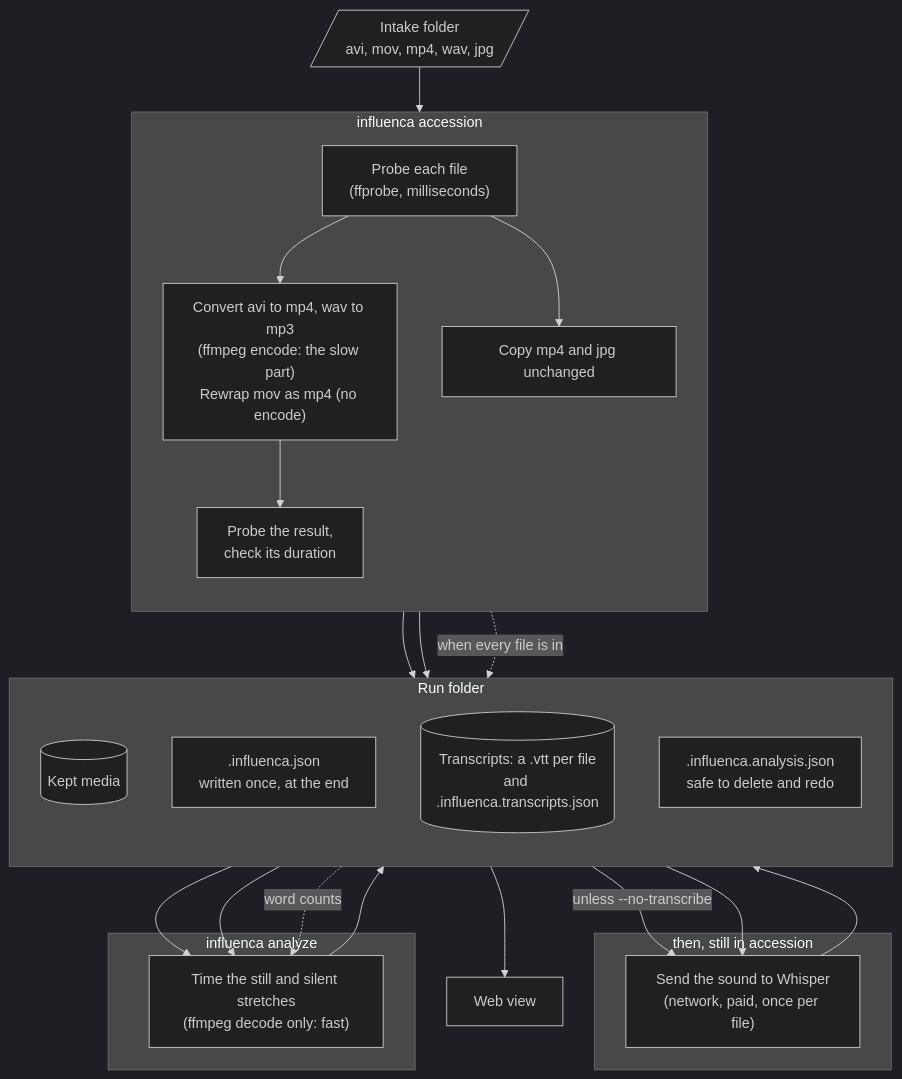
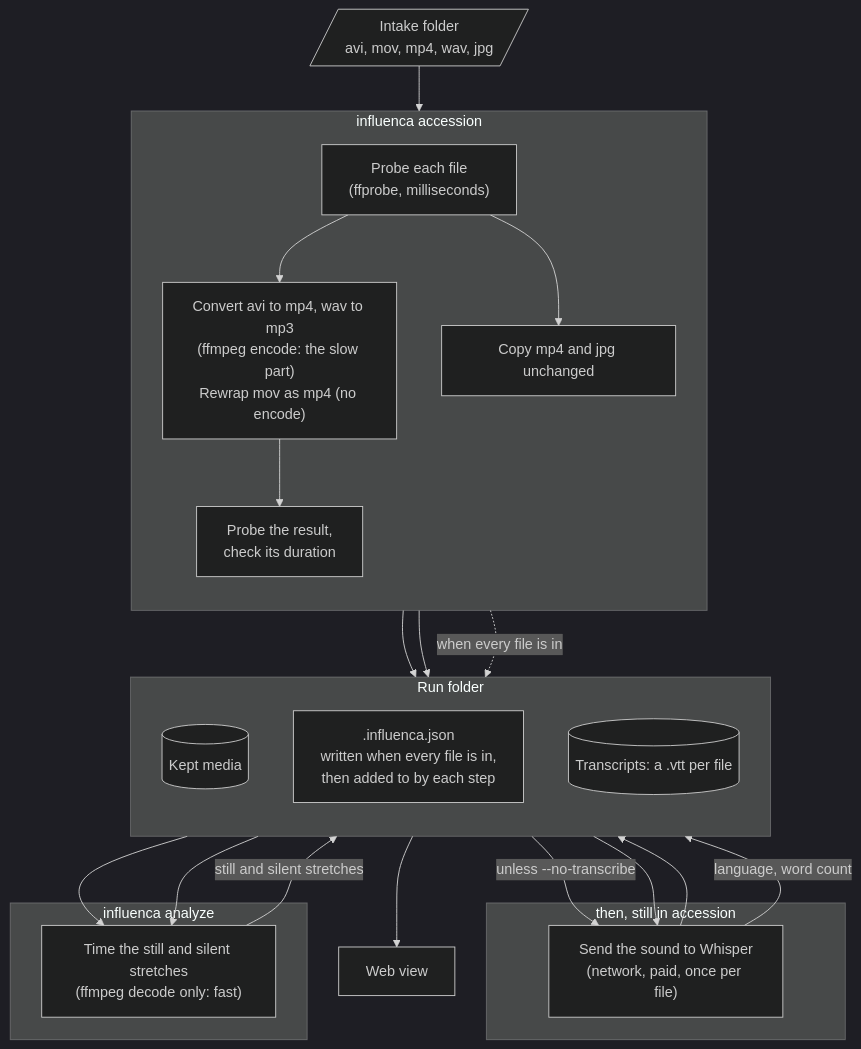
Before and after one commit to GaryB432/influenca: the diagram in README.md, drawn with Mermaid (dark theme). The commit also changed other lines of this file and 22 other files, not shown here.

````diff
--- a/README.md
+++ b/README.md
@@ -16,43 +17,42 @@
 ```mermaid
 flowchart TD
   intake[/"Intake folder<br/>avi, mov, mp4, wav, jpg"/]
 
   subgraph accession ["influenca accession"]
     direction TB
     probe["Probe each file<br/>(ffprobe, milliseconds)"]
     convert["Convert avi to mp4, wav to mp3<br/>(ffmpeg encode: the slow part)<br/>Rewrap mov as mp4 (no encode)"]
     copy["Copy mp4 and jpg unchanged"]
     verify["Probe the result,<br/>check its duration"]
     probe --> convert --> verify
     probe --> copy
   end
 
   subgraph run ["Run folder"]
     direction TB
     media[("Kept media")]
-    manifest[".influenca.json<br/>written once, at the end"]
-    vtt[("Transcripts: a .vtt per file<br/>and .influenca.transcripts.json")]
-    analysis[".influenca.analysis.json<br/>safe to delete and redo"]
+    manifest[".influenca.json<br/>written when every file is in,<br/>then added to by each step"]
+    vtt[("Transcripts: a .vtt per file")]
   end
 
   subgraph transcribe ["then, still in accession"]
     whisper["Send the sound to Whisper<br/>(network, paid, once per file)"]
   end
 
   subgraph analyze ["influenca analyze"]
     measure["Time the still and silent stretches<br/>(ffmpeg decode only: fast)"]
   end
 
   intake --> probe
   verify --> media
   copy --> media
   accession -. "when every file is in" .-> manifest
   manifest --> measure
   media --> measure
-  measure --> analysis
+  measure -- "still and silent stretches" --> manifest
   manifest -- "unless --no-transcribe" --> whisper
   media --> whisper
   whisper --> vtt
-  vtt -. "word counts" .-> measure
+  whisper -- "language, word count" --> manifest
   manifest --> web["Web view"]
 ```
````
